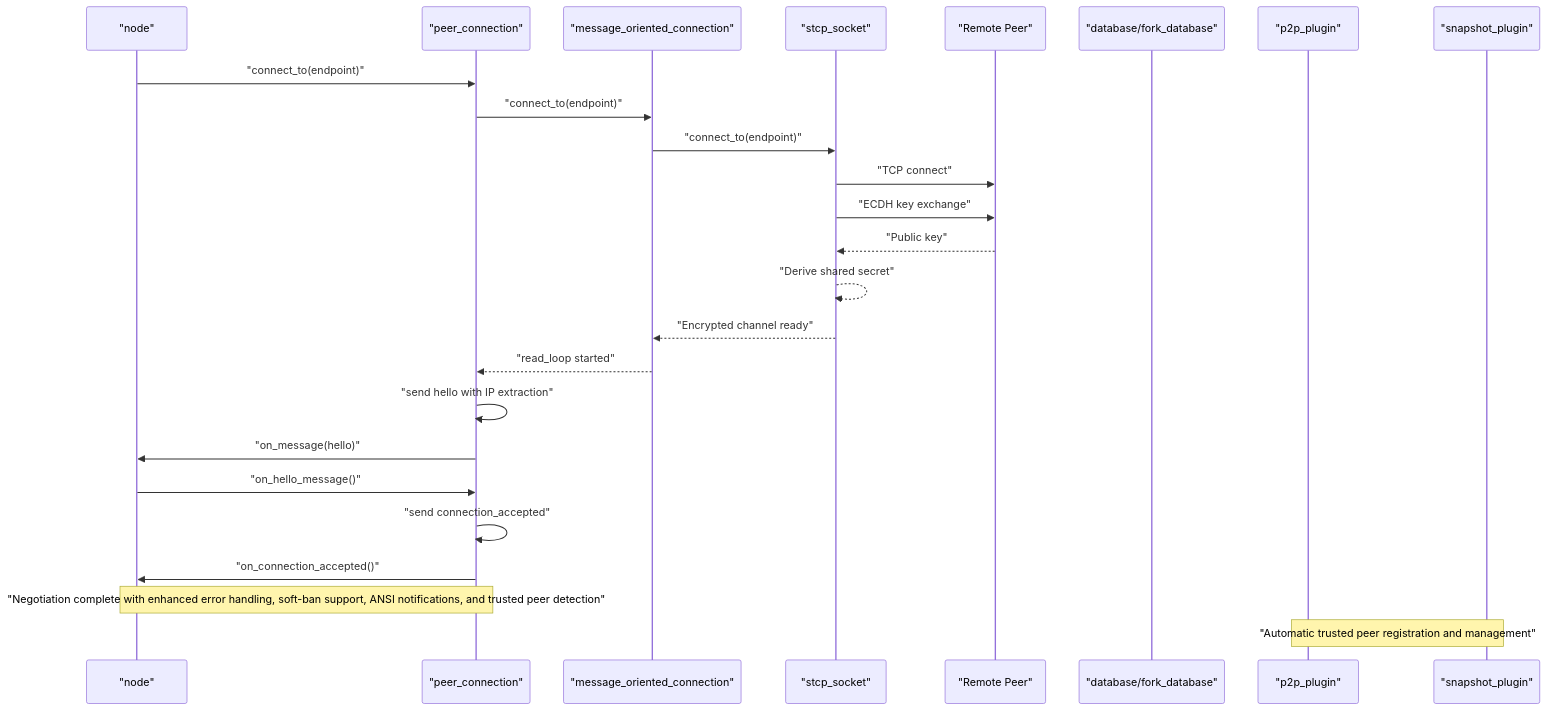
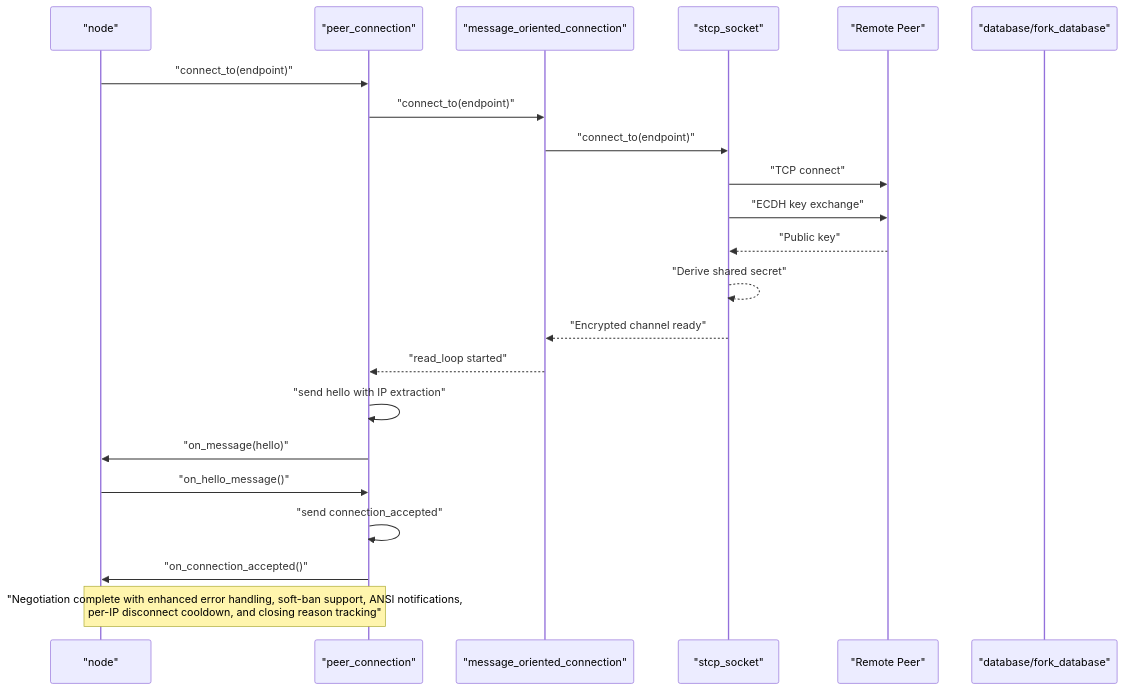
One commit to VIZ-Blockchain/viz-cpp-node changed the second of 13 diagrams in .qoder/repowiki/en/content/Architecture Overview/Core Libraries/Network Library/Peer Connection Management.md. Above: the diagram before and after it, drawn with Mermaid. The commit also changed other lines of this file and 9 other files, not shown here.

````diff
--- a/.qoder/repowiki/en/content/Architecture Overview/Core Libraries/Network Library/Peer Connection Management.md
+++ b/.qoder/repowiki/en/content/Architecture Overview/Core Libraries/Network Library/Peer Connection Management.md
@@ -192,27 +189,24 @@
 ```mermaid
 sequenceDiagram
 participant Node as "node"
 participant Peer as "peer_connection"
 participant MOC as "message_oriented_connection"
 participant STCP as "stcp_socket"
 participant Remote as "Remote Peer"
 participant Chain as "database/fork_database"
-participant P2P as "p2p_plugin"
-participant Snap as "snapshot_plugin"
 Node->>Peer : "connect_to(endpoint)"
 Peer->>MOC : "connect_to(endpoint)"
 MOC->>STCP : "connect_to(endpoint)"
 STCP->>Remote : "TCP connect"
 STCP->>Remote : "ECDH key exchange"
 Remote-->>STCP : "Public key"
 STCP-->>STCP : "Derive shared secret"
 STCP-->>MOC : "Encrypted channel ready"
 MOC-->>Peer : "read_loop started"
 Peer->>Peer : "send hello with IP extraction"
 Peer->>Node : "on_message(hello)"
 Node->>Peer : "on_hello_message()"
 Peer->>Peer : "send connection_accepted"
 Peer->>Node : "on_connection_accepted()"
-Note over Node,Peer : "Negotiation complete with enhanced error handling, soft-ban support, ANSI notifications, and trusted peer detection"
-Note over P2P,Snap : "Automatic trusted peer registration and management"
+Note over Node,Peer : "Negotiation complete with enhanced error handling, soft-ban support, ANSI notifications,<br/>per-IP disconnect cooldown, and closing reason tracking"
 ```
````
